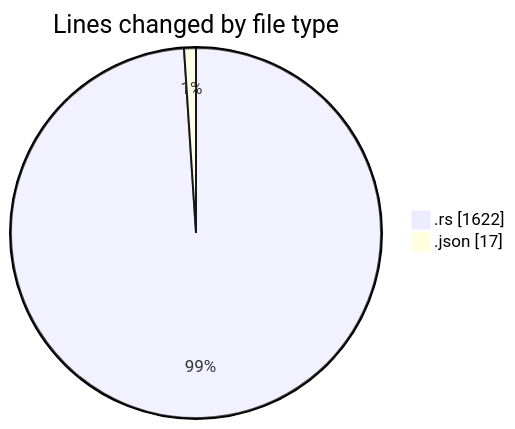
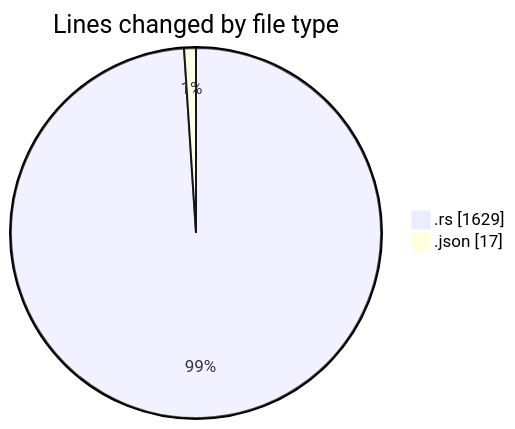
One commit to Ritupan-Deka/code-tracking changed the first of 2 diagrams in 2025-12-28/rust/README.md. Above: the diagram before and after it, drawn with Mermaid. The commit also changed other lines of this file and 1 other file, not shown here.

````diff
--- a/2025-12-28/rust/README.md
+++ b/2025-12-28/rust/README.md
@@ -21,6 +21,6 @@
 ```mermaid
 pie showData
 title Lines changed by file type
-".rs" : 1622
+".rs" : 1629
 ".json" : 17
 ```
````
